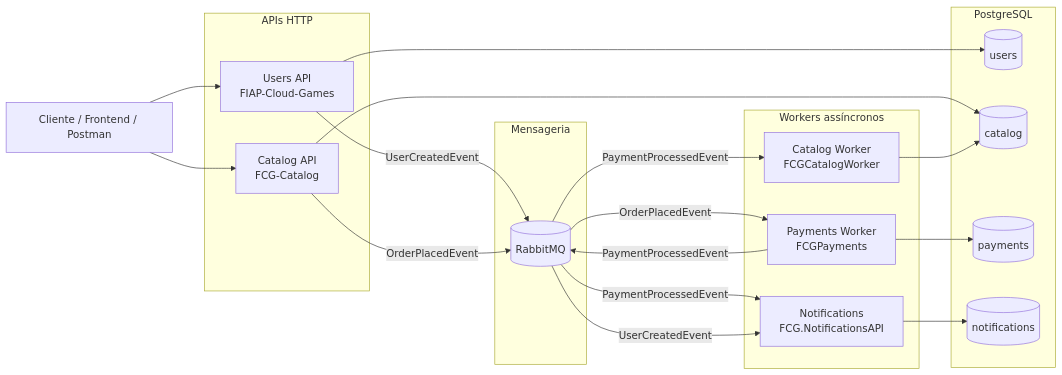
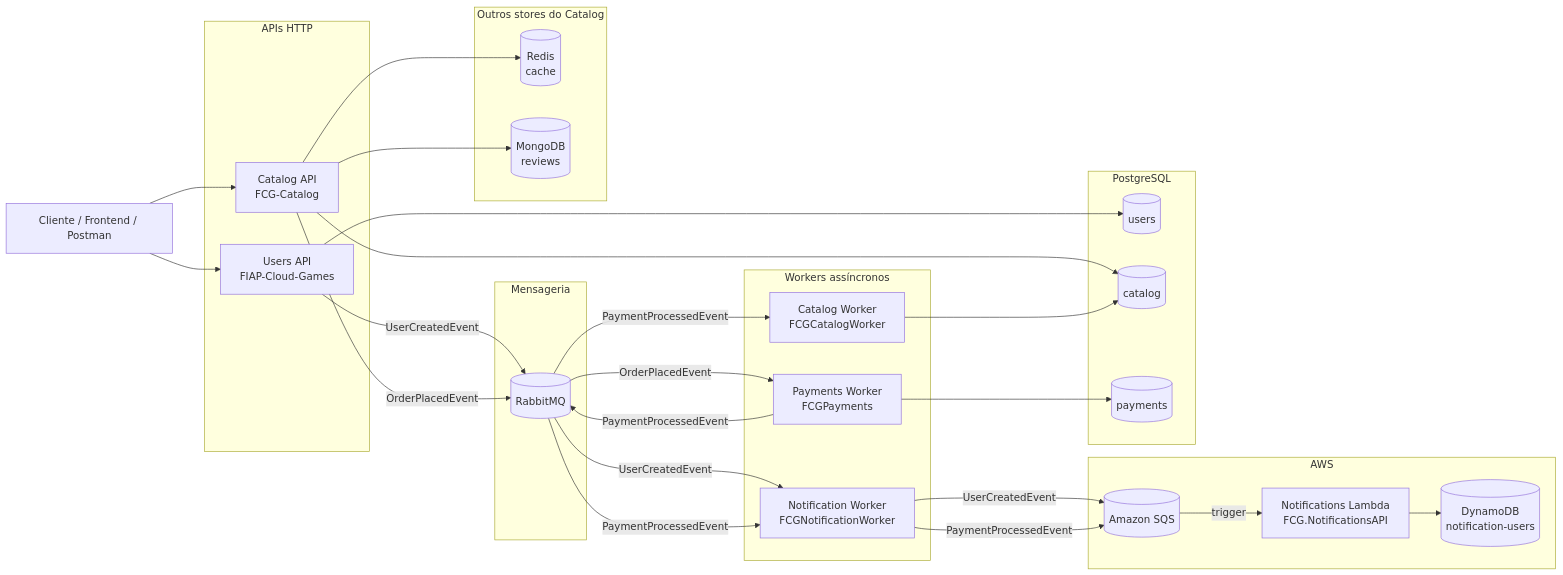
Before and after one commit to IgorAnthonyy/FIAP-Cloud-Games: the first of 5 diagrams in docs/arquitetura-microservicos.md, drawn with Mermaid. The commit also changed other lines of this file, not shown here.

````diff
--- a/docs/arquitetura-microservicos.md
+++ b/docs/arquitetura-microservicos.md
@@ -33,43 +37,58 @@
 ```mermaid
 flowchart LR
     client[Cliente / Frontend / Postman]
 
     subgraph apis[APIs HTTP]
         users[Users API<br/>FIAP-Cloud-Games]
         catalog[Catalog API<br/>FCG-Catalog]
     end
 
     subgraph broker[Mensageria]
         rabbit[(RabbitMQ)]
     end
 
     subgraph workers[Workers assíncronos]
         payments[Payments Worker<br/>FCGPayments]
         catalogWorker[Catalog Worker<br/>FCGCatalogWorker]
-        notifications[Notifications<br/>FCG.NotificationsAPI]
+        notifForwarder[Notification Worker<br/>FCGNotificationWorker]
+    end
+
+    subgraph aws[AWS]
+        sqs[(Amazon SQS)]
+        notifications[Notifications Lambda<br/>FCG.NotificationsAPI]
+        dynamo[(DynamoDB<br/>notification-users)]
     end
 
     subgraph databases[PostgreSQL]
         usersDb[(users)]
         catalogDb[(catalog)]
         paymentsDb[(payments)]
-        notificationsDb[(notifications)]
+    end
+
+    subgraph catalogStores[Outros stores do Catalog]
+        catalogCache[(Redis<br/>cache)]
+        catalogMongo[(MongoDB<br/>reviews)]
     end
 
     client --> users
     client --> catalog
 
     users --> usersDb
     catalog --> catalogDb
+    catalog --> catalogCache
+    catalog --> catalogMongo
     payments --> paymentsDb
     catalogWorker --> catalogDb
-    notifications --> notificationsDb
+    notifications --> dynamo
 
     users -- UserCreatedEvent --> rabbit
     catalog -- OrderPlacedEvent --> rabbit
     rabbit -- OrderPlacedEvent --> payments
     payments -- PaymentProcessedEvent --> rabbit
     rabbit -- PaymentProcessedEvent --> catalogWorker
-    rabbit -- PaymentProcessedEvent --> notifications
-    rabbit -- UserCreatedEvent --> notifications
+    rabbit -- UserCreatedEvent --> notifForwarder
+    rabbit -- PaymentProcessedEvent --> notifForwarder
+    notifForwarder -- UserCreatedEvent --> sqs
+    notifForwarder -- PaymentProcessedEvent --> sqs
+    sqs -- trigger --> notifications
 ```
````
